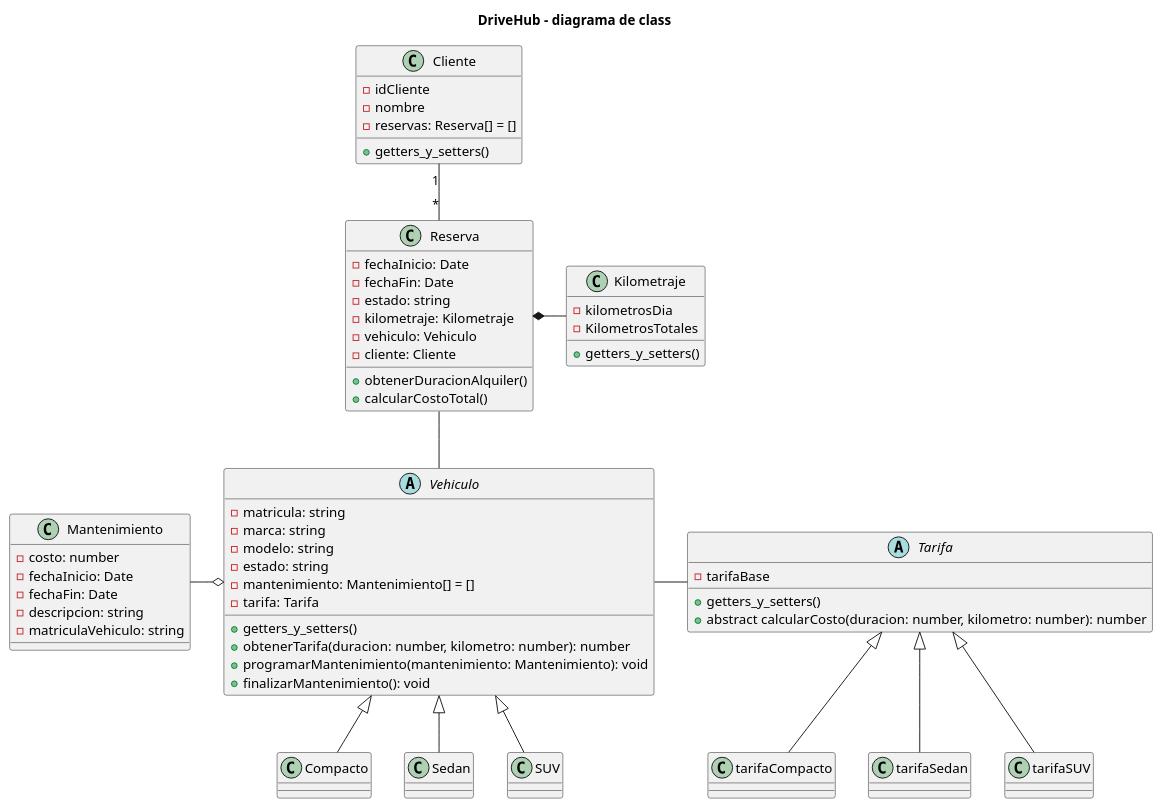
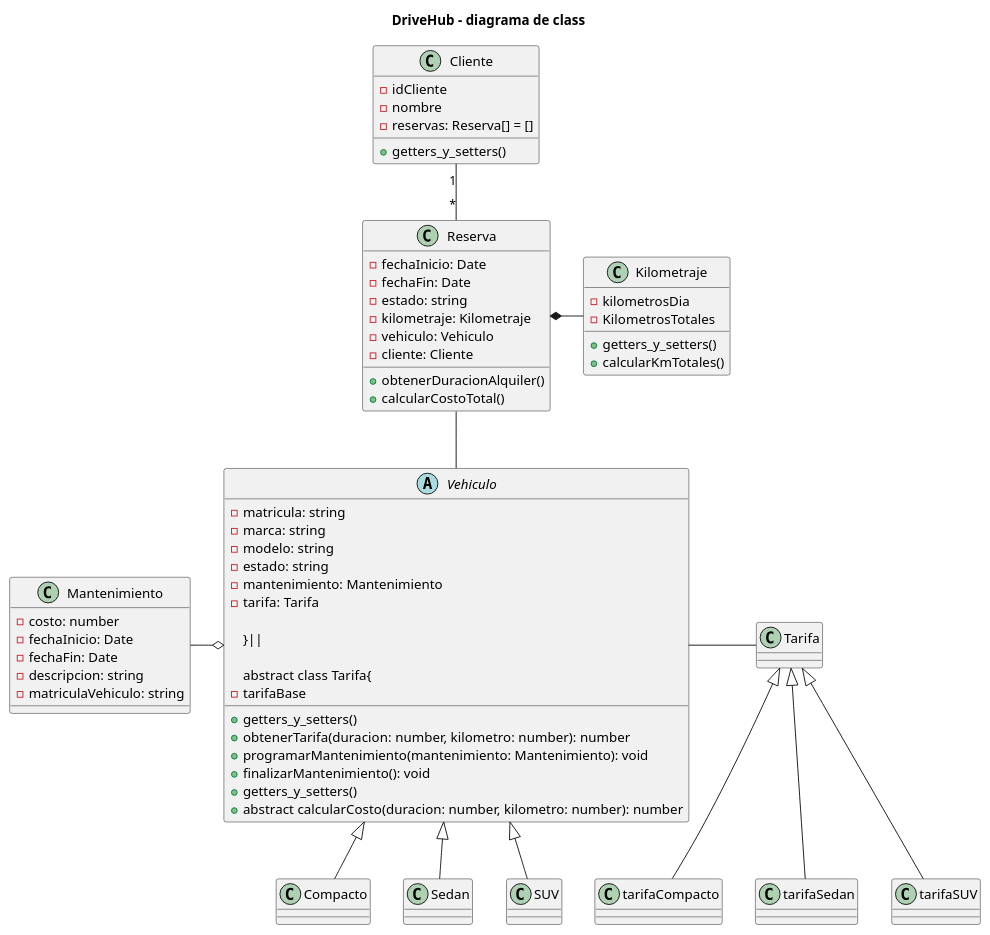
The diagram in diagramaDeClases/diagrama.puml (begueagustinhernan/tp-prog2-pruebas), drawn with PlantUML before and after one commit. The commit also changed 9 other files, not shown here.

```diff
--- a/diagramaDeClases/diagrama.puml
+++ b/diagramaDeClases/diagrama.puml
@@ -1,77 +1,78 @@
 @startuml
 
 title DriveHub - diagrama de class
 
 abstract class Vehiculo {
     - matricula: string
     - marca: string
     - modelo: string
     - estado: string
-    - mantenimiento: Mantenimiento[] = []
+    - mantenimiento: Mantenimiento
     - tarifa: Tarifa
     + getters_y_setters()
     + obtenerTarifa(duracion: number, kilometro: number): number
     + programarMantenimiento(mantenimiento: Mantenimiento): void
     + finalizarMantenimiento(): void
     
-}
+}||
 
 abstract class Tarifa{
     - tarifaBase
     + getters_y_setters()
     + abstract calcularCosto(duracion: number, kilometro: number): number
 }
 
 
 class Cliente {
     - idCliente
     - nombre
     - reservas: Reserva[] = []
     + getters_y_setters()
 }
 
 class Kilometraje{
     -kilometrosDia
     -KilometrosTotales
     + getters_y_setters()
+    + calcularKmTotales()
 }
 
 class Mantenimiento{
     - costo: number
     - fechaInicio: Date
     - fechaFin: Date
     - descripcion: string
     - matriculaVehiculo: string
 }
 
 class Reserva{
     - fechaInicio: Date
     - fechaFin: Date
     - estado: string
     - kilometraje: Kilometraje
     - vehiculo: Vehiculo
     - cliente: Cliente
     + obtenerDuracionAlquiler()
     + calcularCostoTotal()
 }
 
 ' Relaciones
 
 Vehiculo <|-d- Compacto
 Vehiculo <|-d- Sedan
 Vehiculo <|-d- SUV
 
 Tarifa <|-d- tarifaCompacto 
 Tarifa <|-d- tarifaSedan
 Tarifa <|-d- tarifaSUV
 
 Vehiculo -r- Tarifa
 Vehiculo o-l- Mantenimiento
 
 Reserva -- Vehiculo
 Reserva *-r- Kilometraje
 
 Cliente "1" -- "*" Reserva 
 ' bidireccional
 
 @enduml
```
